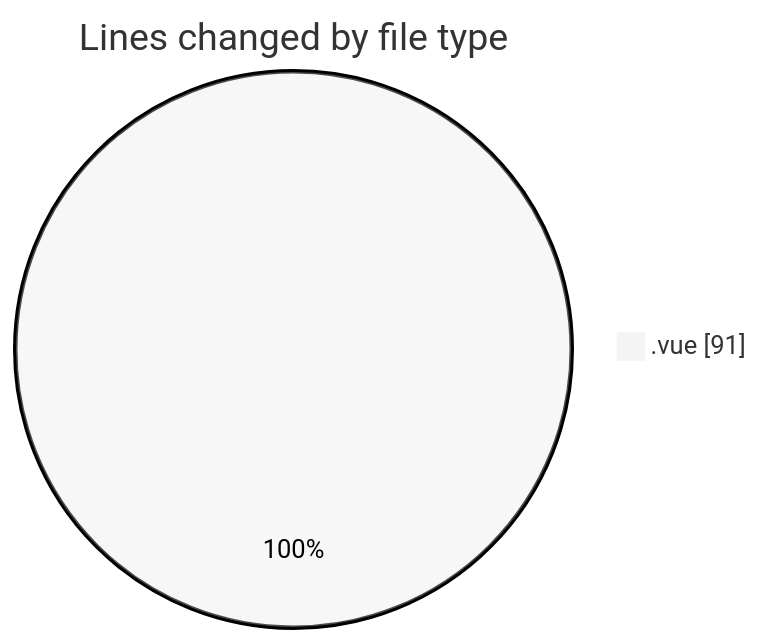
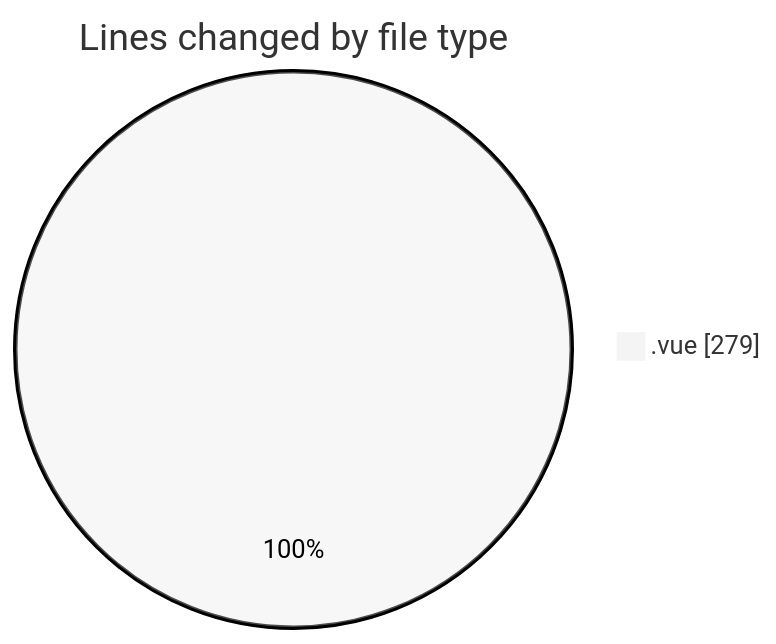
The first of 2 diagrams in 2025-03-17/lumine-web/README.md (robertbonfada/code-tracking), drawn with Mermaid (neutral theme) before and after one commit. The commit also changed other lines of this file and 1 other file, not shown here.

````diff
--- a/2025-03-17/lumine-web/README.md
+++ b/2025-03-17/lumine-web/README.md
@@ -20,5 +22,5 @@
 ```mermaid
 pie showData
 title Lines changed by file type
-".vue" : 91
+".vue" : 279
 ```
````
